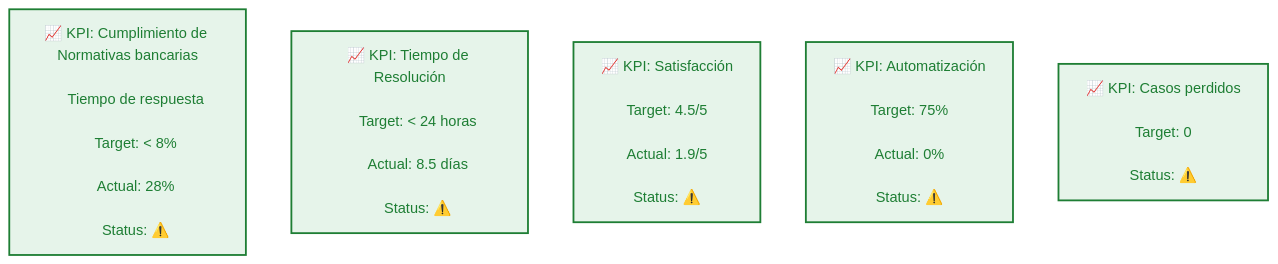
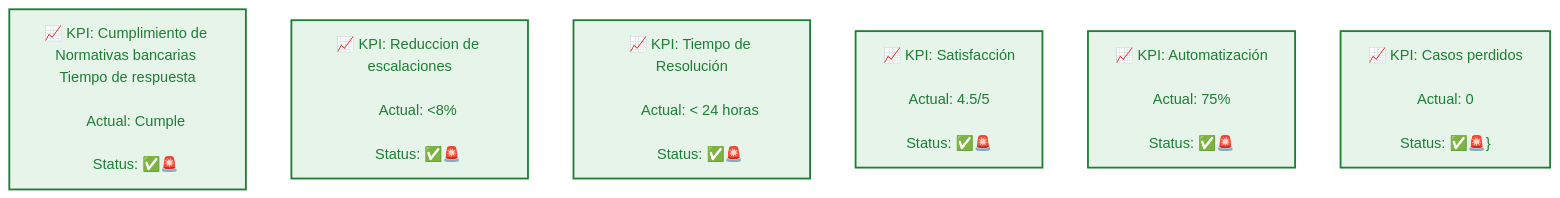
One commit to fgomezman/Sisto-Bank-Proposal changed the fourth of 4 diagrams in docs/index.md. Above: the diagram before and after it, drawn with Mermaid (forest theme). The commit also changed other lines of this file and 4 other files, not shown here.

````diff
--- a/docs/index.md
+++ b/docs/index.md
@@ -251,38 +319,38 @@
 ```mermaid
 %%{init: {'flowchart': {'layout': 'dagre'}}}%%
 flowchart TB
 
-    KPI5["📈 KPI: Cumplimiento de Normativas bancarias<br/>
-    Tiempo de respuesta<br/>
-    Target: &lt; 8%<br/>
-    Actual: 28%<br/>
-    Status: ⚠️"]
+    KPI5["📈 KPI: Cumplimiento de Normativas bancarias Tiempo de respuesta<br/>
+    Actual: Cumple<br/>
+    Status: ✅🚨"]
+
+    KPI6["📈 KPI: Reduccion de escalaciones<br/>
+    Actual: <8%<br/>
+    Status: ✅🚨"]
 
     KPI1["📈 KPI: Tiempo de Resolución<br/>
-    Target: &lt; 24 horas<br/>
-    Actual: 8.5 días<br/>
-    Status: ⚠️"]
+    Actual: &lt; 24 horas<br/>
+    Status: ✅🚨"]
 
     KPI2["📈 KPI: Satisfacción<br/>
-    Target: 4.5/5<br/>
-    Actual: 1.9/5<br/>
-    Status: ⚠️"]
+    Actual: 4.5/5<br/>
+    Status: ✅🚨"]
 
     KPI3["📈 KPI: Automatización<br/>
-    Target: 75%<br/>
-    Actual: 0%<br/>
-    Status: ⚠️"]
+    Actual: 75%<br/>
+    Status: ✅🚨"]
 
     KPI4["📈 KPI: Casos perdidos<br/>
-    Target: 0<br/>
-    Status: ⚠️"]
+    Actual: 0<br/>
+    Status: ✅🚨}"]
 
     KPI1:::success
     KPI2:::success
     KPI3:::success
     KPI4:::success
     KPI5:::success
+    KPI6:::success
 
     classDef warning fill:#F8D7DA,stroke:#721C24,stroke-width:2px,color:#721C24
     classDef success fill:#E6F4EA,stroke:#1E7E34,stroke-width:2px,color:#1E7E34
 ```
````
